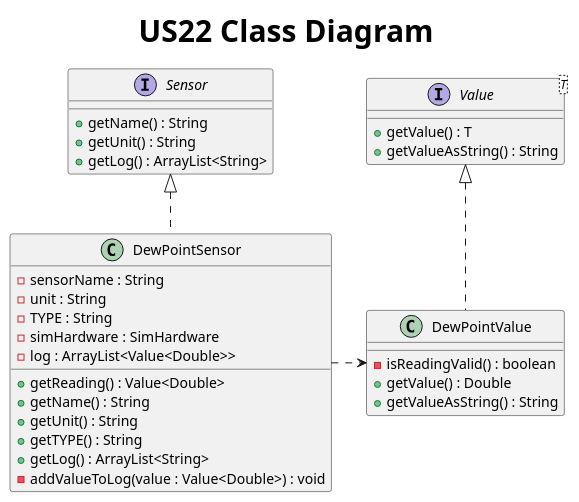
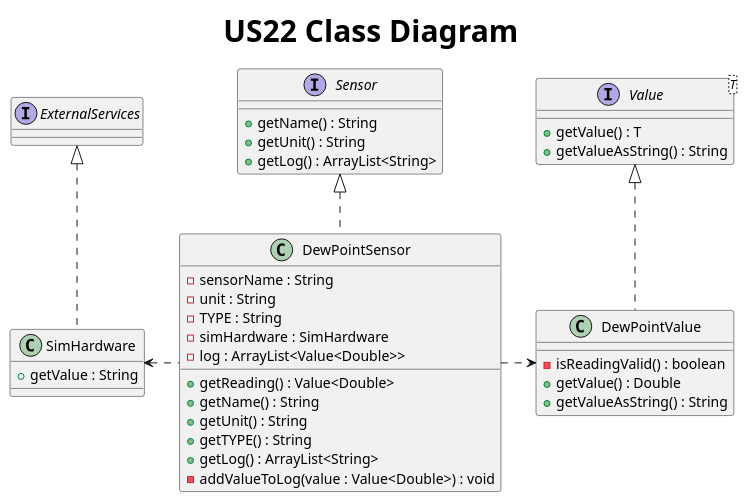
One commit to AfonsoNeves77/smartHouse changed the diagram in Docs/US22/S3U22ClassDIagram.puml. Above: the diagram before and after it, drawn with PlantUML.

Commit message:
Modified US22 ClassDiagram.

```diff
--- a/Docs/US22/S3U22ClassDIagram.puml
+++ b/Docs/US22/S3U22ClassDIagram.puml
@@ -1,44 +1,51 @@
 @startuml
 title <size: 30> US22 Class Diagram
 
 '...........REQUIRES VALIDATION !!!!!!!!!!!!'
 
 interface Sensor {
     + getName() : String
     + getUnit() : String
     + getLog() : ArrayList<String>
 }
 
 interface Value<T> {
     + getValue() : T
     + getValueAsString() : String
 }
 
+interface ExternalServices{
+}
 
+class SimHardware {
+     + getValue : String
+     }
 
 class DewPointSensor{
     - sensorName : String
     - unit : String
     - TYPE : String
     - simHardware : SimHardware
     - log : ArrayList<Value<Double>>
 
     + getReading() : Value<Double>
     + getName() : String
     + getUnit() : String
     + getTYPE() : String
     + getLog() : ArrayList<String>
     - addValueToLog(value : Value<Double>) : void
 }
 
 class DewPointValue {
     - isReadingValid() : boolean
     + getValue() : Double
     + getValueAsString() : String
 }
 
 Value <|.. DewPointValue
 Sensor <|.. DewPointSensor
 DewPointSensor .right.> DewPointValue
+SimHardware <. DewPointSensor
+ExternalServices <|.. SimHardware
 
 @enduml
```
